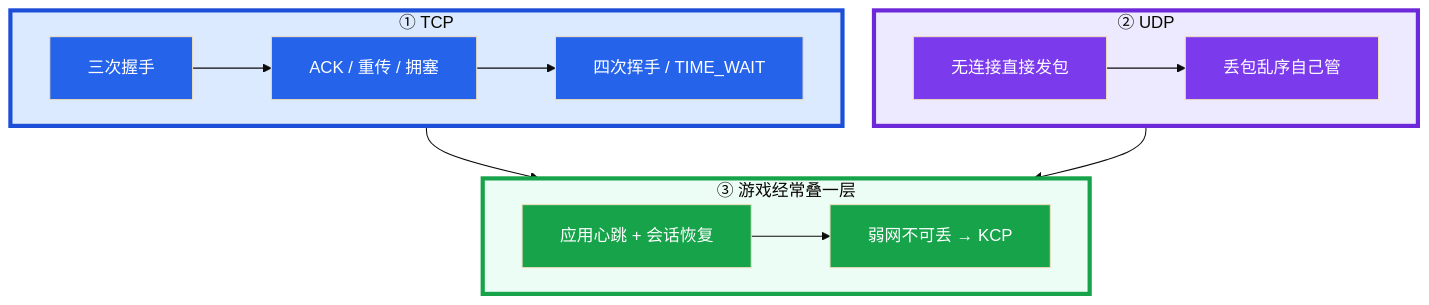
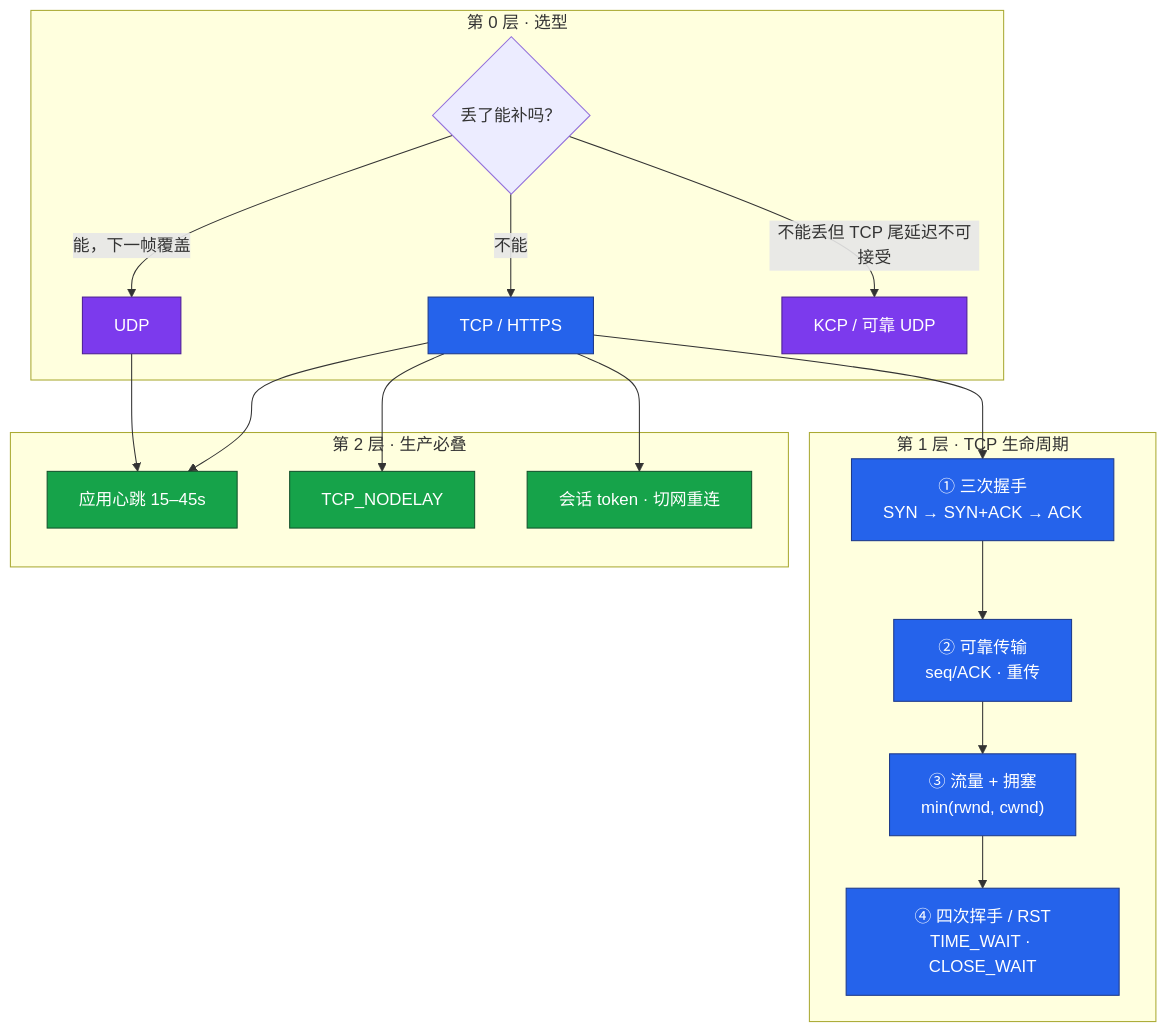
One commit to ml-cuizijun/LearnToLilith changed the second of 5 diagrams in 02-基础底座/08-TCP与UDP/知识点.md. Above: the diagram before and after it, drawn with Mermaid. The commit also changed other lines of this file and 3 other files, not shown here.

````diff
--- a/02-基础底座/08-TCP与UDP/知识点.md
+++ b/02-基础底座/08-TCP与UDP/知识点.md
@@ -81,36 +111,35 @@
 ```mermaid
-%%{init: {"flowchart": {"padding": 18, "nodeSpacing": 30, "rankSpacing": 50}, "theme": "base"}}%%
 flowchart TB
-    subgraph tcp ["① TCP"]
-        h[三次握手]
-        rel[ACK / 重传 / 拥塞]
-        tw[四次挥手 / TIME_WAIT]
-        h --> rel --> tw
+    subgraph L0 ["第 0 层 · 选型"]
+        Q{丢了能补吗？}
+        Q -->|不能| TCP["TCP / HTTPS"]
+        Q -->|能，下一帧覆盖| UDP["UDP"]
+        Q -->|不能丢但 TCP 尾延迟不可接受| KCP["KCP / 可靠 UDP"]
     end
 
-    subgraph udp ["② UDP"]
-        d[无连接直接发包]
-        drop[丢包乱序自己管]
-        d --> drop
+    subgraph L1 ["第 1 层 · TCP 生命周期"]
+        H["① 三次握手<br/>SYN → SYN+ACK → ACK"]
+        T["② 可靠传输<br/>seq/ACK · 重传"]
+        W["③ 流量 + 拥塞<br/>min(rwnd, cwnd)"]
+        F["④ 四次挥手 / RST<br/>TIME_WAIT · CLOSE_WAIT"]
     end
 
-    subgraph game ["③ 游戏经常叠一层"]
-        hb[应用心跳 + 会话恢复]
-        kcp[弱网不可丢 → KCP]
-        hb --> kcp
+    subgraph L2 ["第 2 层 · 生产必叠"]
+        HB["应用心跳 15–45s"]
+        ND["TCP_NODELAY"]
+        SE["会话 token · 切网重连"]
     end
 
-    tcp --> game
-    udp --> game
+    TCP --> H --> T --> W --> F
+    TCP --> HB
+    TCP --> ND
+    TCP --> SE
+    UDP --> HB
 
-    classDef t fill:#2563EB,color:#fff
-    classDef u fill:#7C3AED,color:#fff
-    classDef g fill:#16A34A,color:#fff
-    class h,rel,tw t
-    class d,drop u
-    class hb,kcp g
-
-    style tcp fill:#DBEAFE,stroke:#1D4ED8,stroke-width:4px
-    style udp fill:#EDE9FE,stroke:#6D28D9,stroke-width:4px
-    style game fill:#ECFDF5,stroke:#16A34A,stroke-width:4px
+    classDef core fill:#2563EB,stroke:#1E3A8A,color:#fff
+    classDef prod fill:#16A34A,stroke:#14532D,color:#fff
+    classDef alt fill:#7C3AED,stroke:#4C1D95,color:#fff
+    class TCP,H,T,W,F core
+    class HB,ND,SE prod
+    class UDP,KCP alt
 ```
````
